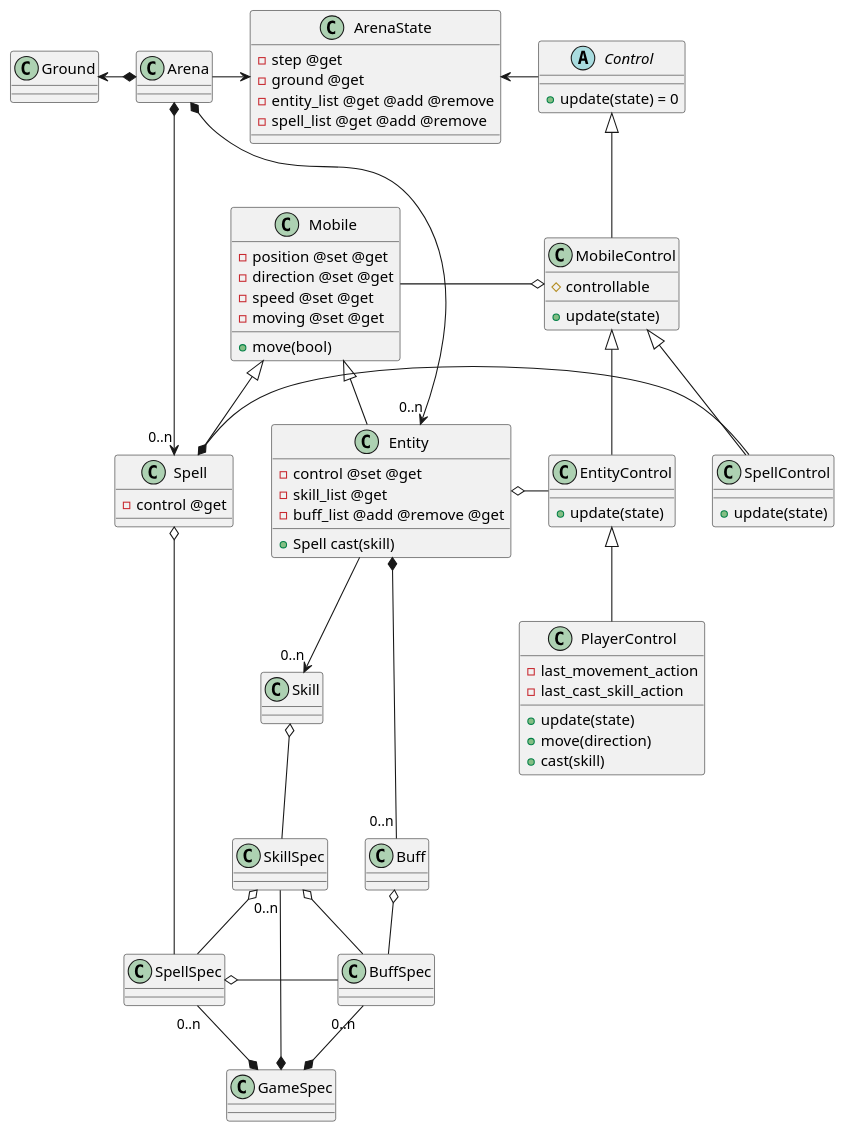
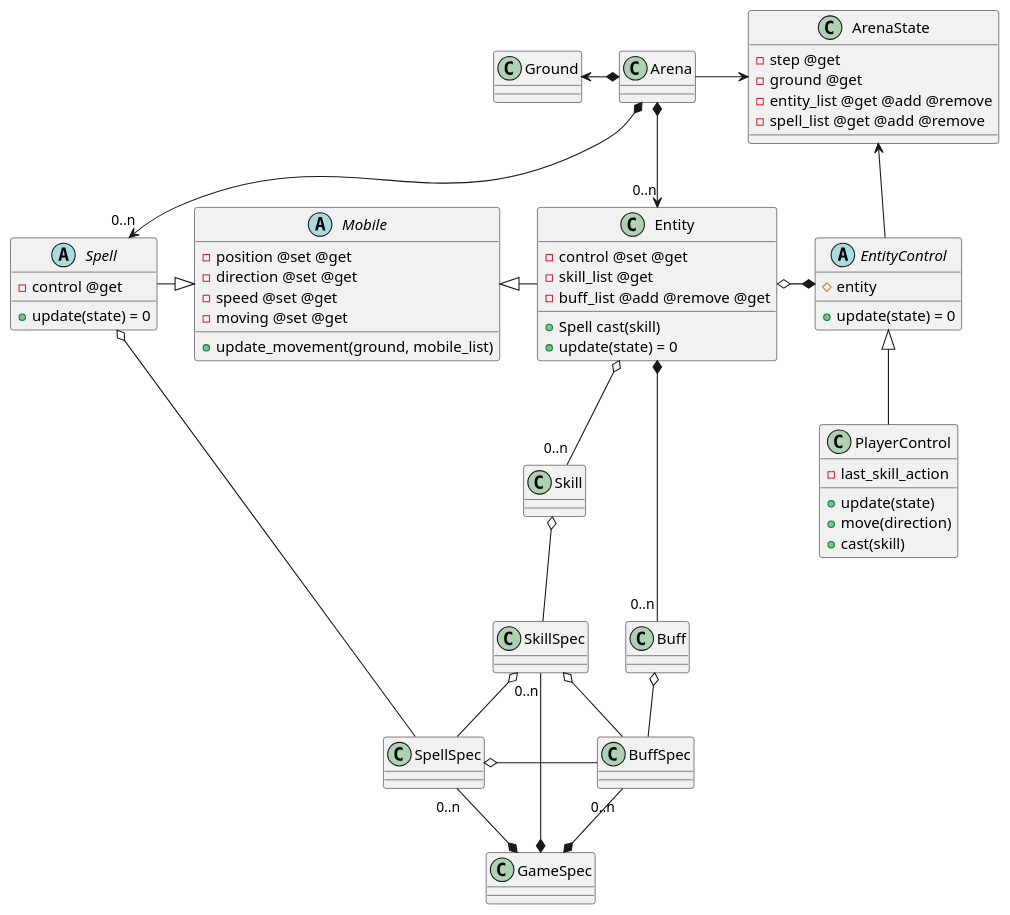
Before and after one commit to lemunozm/asciiarena-js: the diagram in docs/design/arena_class.puml, drawn with PlantUML. The commit also changed 5 other files, not shown here.

```diff
--- a/docs/design/arena_class.puml
+++ b/docs/design/arena_class.puml
@@ -1,85 +1,69 @@
 @startuml
 
 Arena *-left-> Ground
 Arena *--> "0..n" Entity
 Arena *--> "0..n" Spell
+Arena -right-> ArenaState
 
-Mobile <|-- Entity
-Mobile <|-- Spell
-Entity -->"0..n" Skill
-Entity *--"0..n" Buff
+Mobile <|-right- Entity
+Mobile <|-left- Spell
+Entity o-- "0..n" Skill
+Entity *-- "0..n" Buff
 
-Control <|-- MobileControl
-MobileControl <|-- EntityControl
-MobileControl <|-- SpellControl
 EntityControl <|-- PlayerControl
+EntityControl -left-> ArenaState
 
-MobileControl o-left- Mobile
-Entity o-right- EntityControl
-Spell *-right- SpellControl
+Entity o-right-* EntityControl
 
-Control -left-> ArenaState
-Arena -right-> ArenaState
 
 Skill o-- SkillSpec
 Spell o-- SpellSpec
 Buff o-- BuffSpec
 GameSpec *-up- "0..n" SkillSpec
 GameSpec *-left- "0..n" SpellSpec
 GameSpec *-up- "0..n" BuffSpec
 SkillSpec o-- SpellSpec
 SkillSpec o-- BuffSpec
 SpellSpec o-right- BuffSpec
 
-class Mobile {
+abstract Mobile {
     - position @set @get
     - direction @set @get
     - speed @set @get
     - moving @set @get
-    + move(bool)
+    + update_movement(ground, mobile_list)
 }
 
 class Entity {
     - control @set @get
     - skill_list @get
     - buff_list @add @remove @get
     + Spell cast(skill)
+    + update(state) = 0
 }
 
-class Spell {
+abstract Spell {
     - control @get
+    + update(state) = 0
 }
 
 class ArenaState {
     - step @get
     - ground @get
     - entity_list @get @add @remove
     - spell_list @get @add @remove
 }
 
-abstract Control {
+abstract EntityControl {
+    # entity
     + update(state) = 0
 }
 
-class MobileControl {
-    # controllable
-    + update(state)
-}
-
-class EntityControl {
-    + update(state)
-}
-
-class SpellControl {
-    + update(state)
-}
-
 class PlayerControl {
-    - last_movement_action
-    - last_cast_skill_action
+    - last_skill_action
     + update(state)
     + move(direction)
     + cast(skill)
 }
 
 @enduml
```
